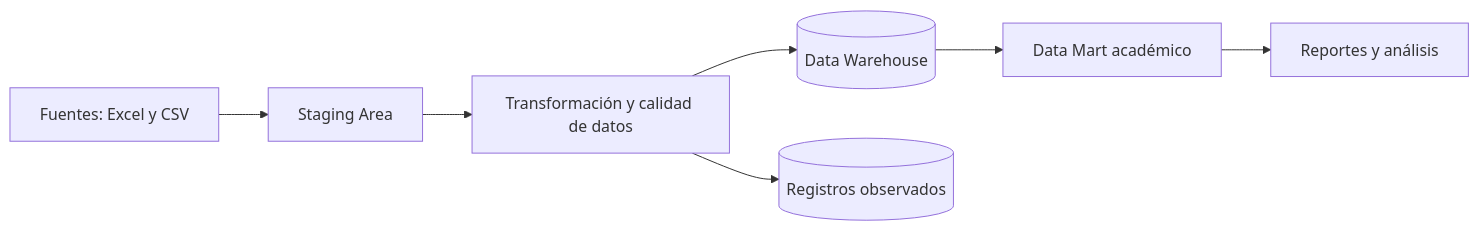
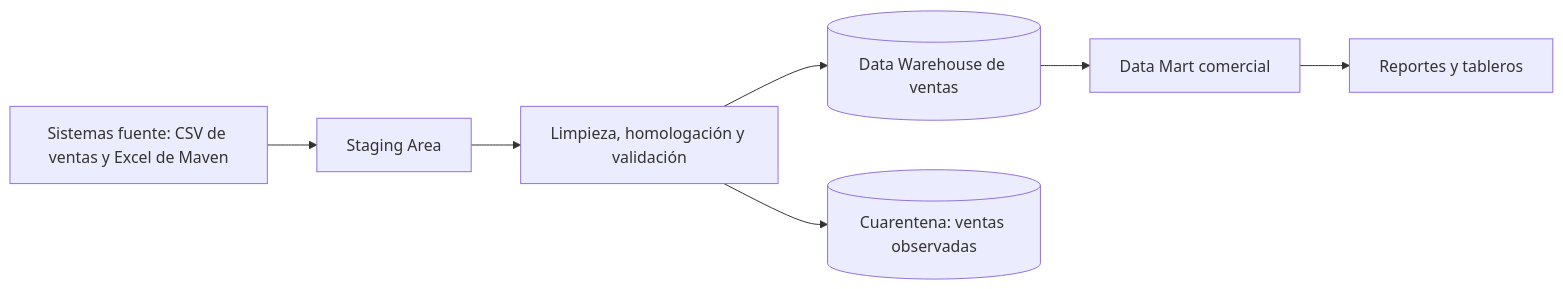
One commit to Squierdan/Business-Intelligence changed the second of 2 diagrams in Practica 1/README.md. Above: the diagram before and after it, drawn with Mermaid. The commit also changed other lines of this file and 33 other files, not shown here.

````diff
--- a/Practica 1/README.md
+++ b/Practica 1/README.md
@@ -235,9 +329,9 @@
 ```mermaid
 flowchart LR
-    A[Fuentes: Excel y CSV] --> B[Staging Area]
-    B --> C[Transformación y calidad de datos]
-    C --> D[(Data Warehouse)]
-    C --> Q[(Registros observados)]
-    D --> E[Data Mart académico]
-    E --> F[Reportes y análisis]
+    A[Sistemas fuente: CSV de ventas y Excel de Maven] --> B[Staging Area]
+    B --> C[Limpieza, homologación y validación]
+    C --> D[(Data Warehouse de ventas)]
+    C --> Q[(Cuarentena: ventas observadas)]
+    D --> E[Data Mart comercial]
+    E --> F[Reportes y tableros]
 ```
````
